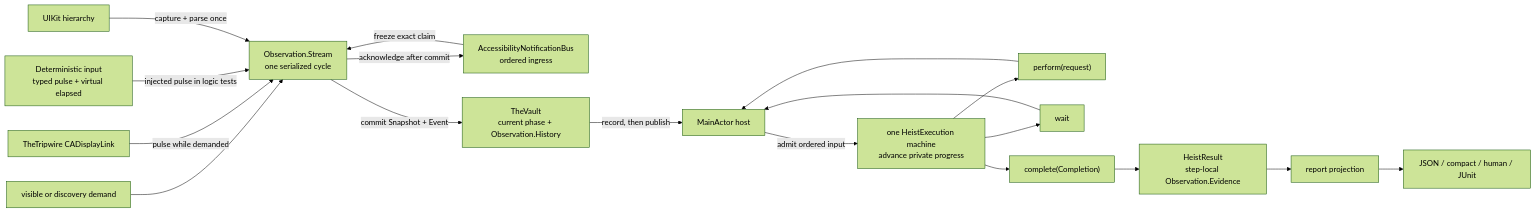
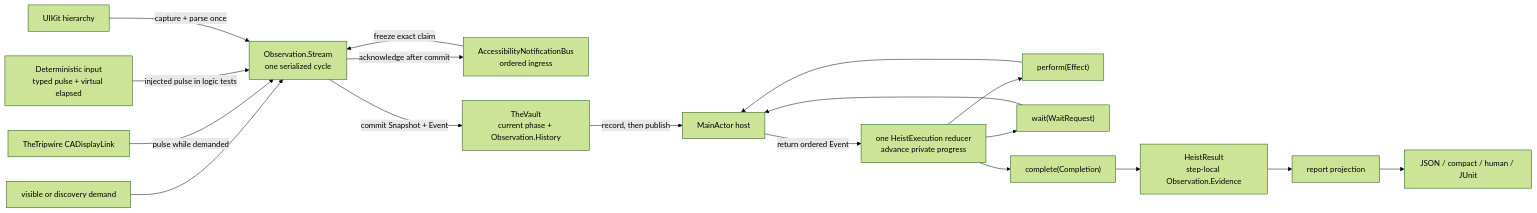
The diagram in docs/diagrams/observation-pipeline.md (RoyalPineapple/TheButtonHeist), drawn with Mermaid (forest theme) before and after one commit. The commit also changed other lines of this file and 50 other files, not shown here.

First line of the commit message:
Make HeistExecution a pure reducer (#1423)

````diff
--- a/docs/diagrams/observation-pipeline.md
+++ b/docs/diagrams/observation-pipeline.md
@@ -9,20 +9,20 @@
 ```mermaid
 flowchart LR
     Demand["visible or discovery demand"] --> Stream["Observation.Stream<br/>one serialized cycle"]
     Link["TheTripwire CADisplayLink"] -->|"pulse while demanded"| Stream
     Script["Deterministic input<br/>typed pulse + virtual elapsed"] -->|"injected pulse in logic tests"| Stream
     Notice["AccessibilityNotificationBus<br/>ordered ingress"] -->|"freeze exact claim"| Stream
     UIKit["UIKit hierarchy"] -->|"capture + parse once"| Stream
     Stream -->|"commit Snapshot + Event"| Vault["TheVault<br/>current phase + Observation.History"]
     Vault -->|"record, then publish"| Host["MainActor host"]
-    Host -->|"admit ordered input"| Machine["one HeistExecution machine<br/>advance private progress"]
-    Machine --> Perform["perform(request)"]
-    Machine --> Wait["wait"]
-    Machine --> Complete["complete(Completion)"]
+    Host -->|"return ordered Event"| Execution["one HeistExecution reducer<br/>advance private progress"]
+    Execution --> Perform["perform(Effect)"]
+    Execution --> Wait["wait(WaitRequest)"]
+    Execution --> Complete["complete(Completion)"]
     Perform --> Host
     Wait --> Host
     Complete --> Result["HeistResult<br/>step-local Observation.Evidence"]
     Result --> Report["report projection"]
     Report --> Render["JSON / compact / human / JUnit"]
     Stream -->|"acknowledge after commit"| Notice
 ```
````
